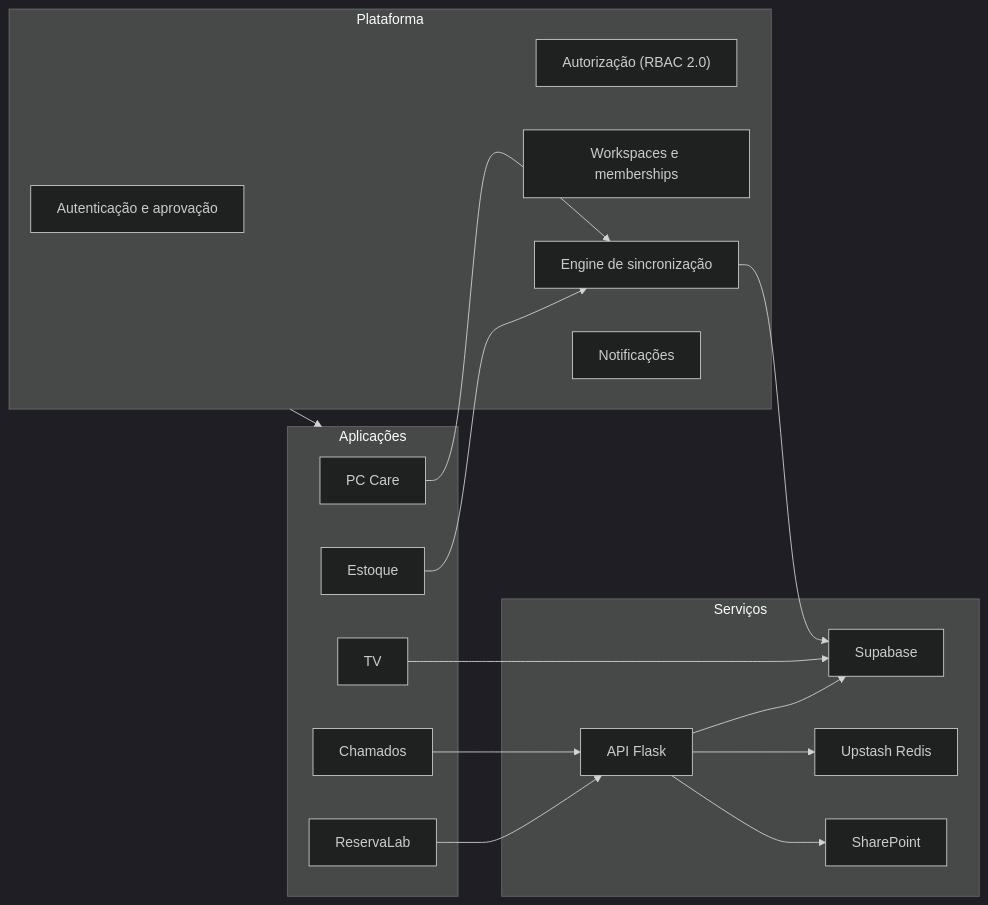
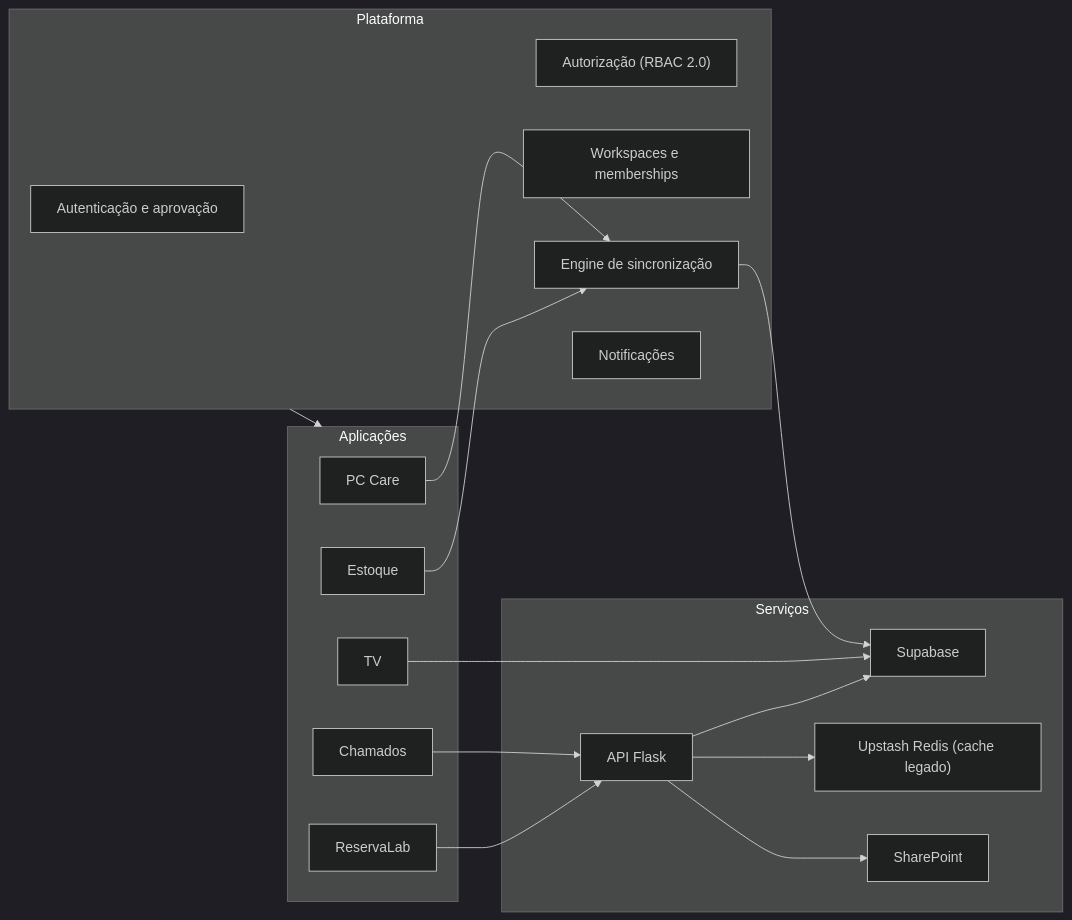
The first of 2 diagrams in docs/platform/architecture/system.md (vihisantos/LabHub), drawn with Mermaid (dark theme) before and after one commit. The commit also changed other lines of this file and 7 other files, not shown here.

Commit message:
docs: Remove Redis/Upstash obsoleto de lembretes e push

````diff
--- a/docs/platform/architecture/system.md
+++ b/docs/platform/architecture/system.md
@@ -9,36 +9,36 @@
 ```mermaid
 flowchart LR
     subgraph PLAT["Plataforma"]
         AUTH["Autenticação e aprovação"]
         RBAC["Autorização (RBAC 2.0)"]
         WS["Workspaces e memberships"]
         SYNC["Engine de sincronização"]
         NOTIF["Notificações"]
     end
 
     subgraph APPS["Aplicações"]
         CH["Chamados"]
         PC["PC Care"]
         ST["Estoque"]
         RL["ReservaLab"]
         TV["TV"]
     end
 
     subgraph SVC["Serviços"]
         SB["Supabase"]
         FL["API Flask"]
-        RD["Upstash Redis"]
+        RD["Upstash Redis (cache legado)"]
         SP["SharePoint"]
     end
 
     PLAT --> APPS
     CH --> FL
     RL --> FL
     PC --> SYNC
     ST --> SYNC
     SYNC --> SB
     TV --> SB
     FL --> SB
     FL --> RD
     FL --> SP
 ```
````
